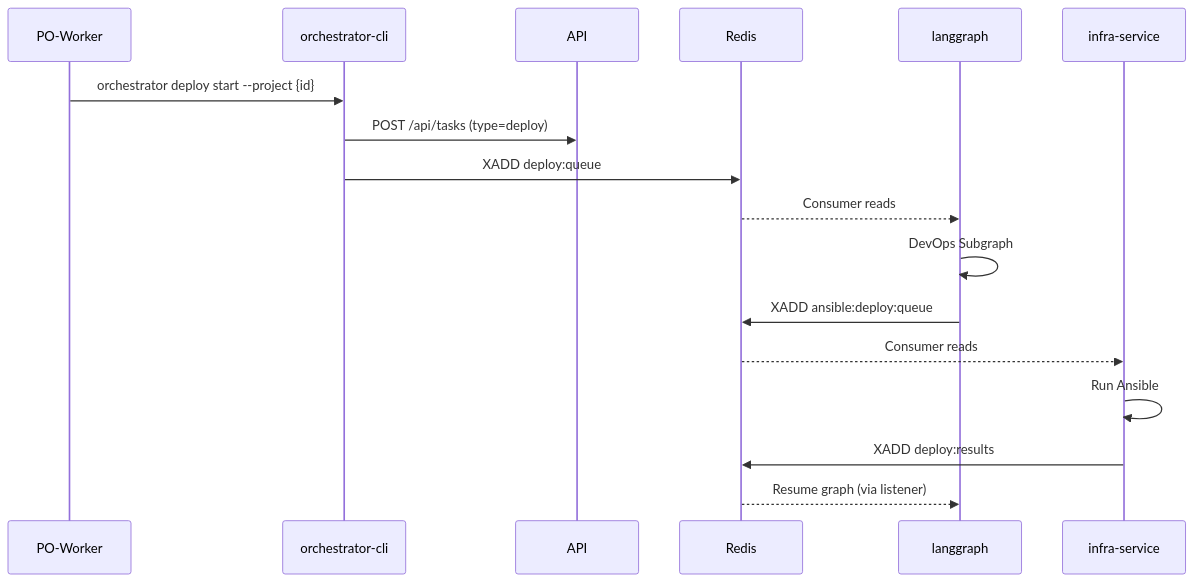
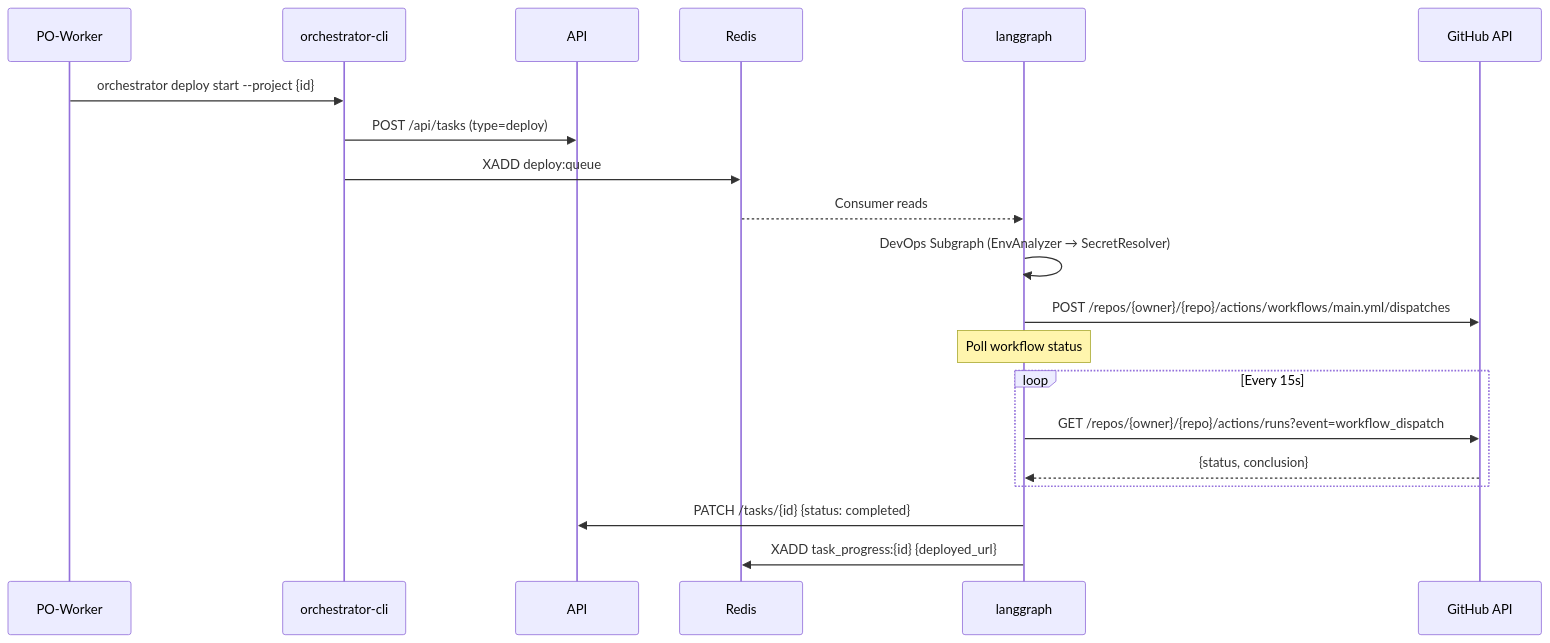
One commit to vladmesh/codegen_orchestrator changed the second of 2 diagrams in docs/new_architecture/CONTRACTS.md. Above: the diagram before and after it, drawn with Mermaid. The commit also changed other lines of this file and 14 other files, not shown here.

Commit message:
docs: Refactor deployment architecture to use GitHub Actions (Ansible provision-only)

````diff
--- a/docs/new_architecture/CONTRACTS.md
+++ b/docs/new_architecture/CONTRACTS.md
@@ -163,20 +162,23 @@
 ```mermaid
 sequenceDiagram
     participant PO as PO-Worker
     participant CLI as orchestrator-cli
     participant API
     participant Redis
     participant LG as langgraph
-    participant Infra as infra-service
+    participant GH as GitHub API
 
     PO->>CLI: orchestrator deploy start --project {id}
     CLI->>API: POST /api/tasks (type=deploy)
     CLI->>Redis: XADD deploy:queue
     Redis-->>LG: Consumer reads
-    LG->>LG: DevOps Subgraph
-    LG->>Redis: XADD ansible:deploy:queue
-    Redis-->>Infra: Consumer reads
-    Infra->>Infra: Run Ansible
-    Infra->>Redis: XADD deploy:results
-    Redis-->>LG: Resume graph (via listener)
+    LG->>LG: DevOps Subgraph (EnvAnalyzer → SecretResolver)
+    LG->>GH: POST /repos/{owner}/{repo}/actions/workflows/main.yml/dispatches
+    Note over LG: Poll workflow status
+    loop Every 15s
+        LG->>GH: GET /repos/{owner}/{repo}/actions/runs?event=workflow_dispatch
+        GH-->>LG: {status, conclusion}
+    end
+    LG->>API: PATCH /tasks/{id} {status: completed}
+    LG->>Redis: XADD task_progress:{id} {deployed_url}
 ```
````
